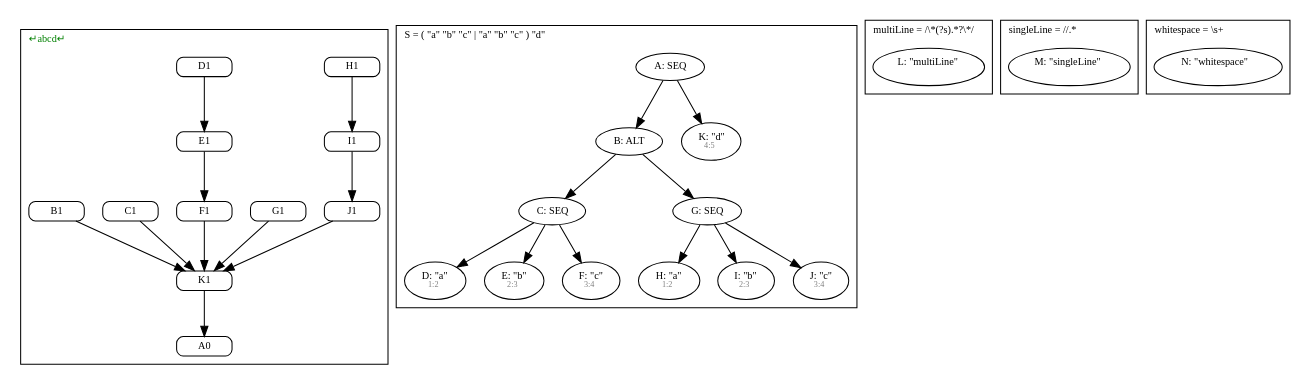
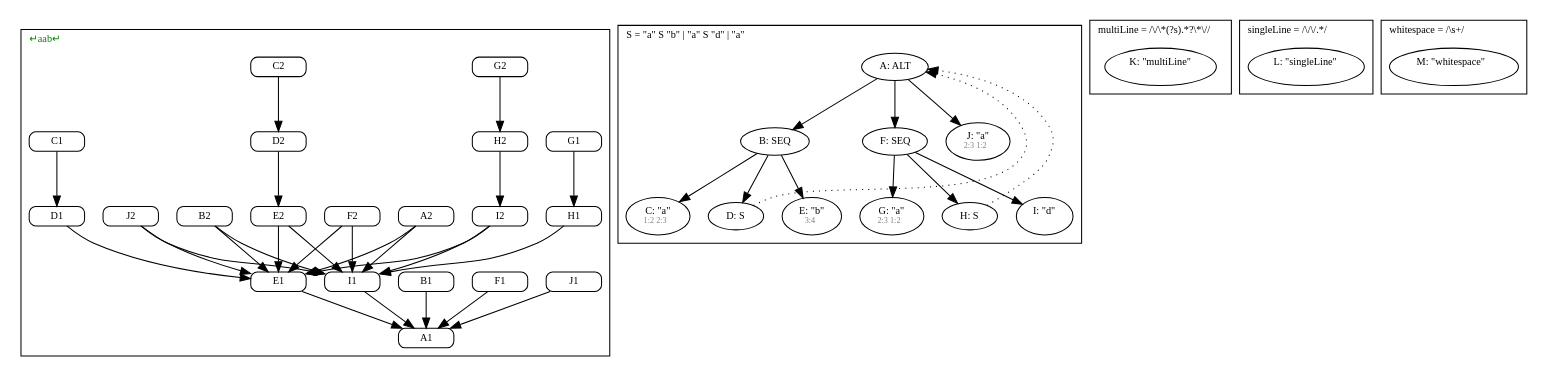
One commit to JanWillemBrands/AoC2021 changed the diagram in diagram.gv. Above: the diagram before and after it, drawn with Graphviz. The commit also changed 14 other files, not shown here.

```diff
--- a/diagram.gv
+++ b/diagram.gv
@@ -1,71 +1,86 @@
 digraph G {
   fontname = Menlo
   fontsize = 10
   node [fontname = Menlo, fontsize = 10]
   edge [fontname = Menlo, fontsize = 10]
   graph [ordering = out]
   subgraph GSS {
     cluster = true
-    label = <↵abcd↵> fontcolor = green
+    label = <↵aab↵> fontcolor = green
     labeljust = l
     node [shape = box, style = rounded, height = 0]
-    "K1" -> "A0"
-    "J1" -> "K1"
-    "I1" -> "J1"
+    "J2" -> "E1"
+    "J2" -> "I1"
+    "J1" -> "A1"
+    "I2" -> "I1"
+    "I2" -> "E1"
+    "I1" -> "A1"
+    "H2" -> "I2"
     "H1" -> "I1"
-    "G1" -> "K1"
-    "F1" -> "K1"
-    "E1" -> "F1"
+    "G2" -> "H2"
+    "G1" -> "H1"
+    "F2" -> "E1"
+    "F2" -> "I1"
+    "F1" -> "A1"
+    "E2" -> "E1"
+    "E2" -> "I1"
+    "E1" -> "A1"
+    "D2" -> "E2"
     "D1" -> "E1"
-    "C1" -> "K1"
-    "B1" -> "K1"
+    "C2" -> "D2"
+    "C1" -> "D1"
+    "B2" -> "E1"
+    "B2" -> "I1"
+    "B1" -> "A1"
+    "A2" -> "I1"
+    "A2" -> "E1"
   }
   subgraph S {
     cluster = true
-    label = <S = ( "a" "b" "c" | "a" "b" "c" ) "d">
+    label = <S = "a" S "b" | "a" S "d" | "a">
     labeljust = l
     node [shape = ellipse, height = 0]
-    A [label = <A: SEQ>]
+    A [label = <A: ALT>]
     A -> B
-    B [label = <B: ALT>]
+    B [label = <B: SEQ>]
     B -> C
-    C [label = <C: SEQ>]
-    C -> D
-    D [label = <D: "a"<br/><font color="gray" point-size="8.0"> 1:2</font>>]
-    C -> E
-    E [label = <E: "b"<br/><font color="gray" point-size="8.0"> 2:3</font>>]
-    C -> F
-    F [label = <F: "c"<br/><font color="gray" point-size="8.0"> 3:4</font>>]
-    B -> G
-    G [label = <G: SEQ>]
-    G -> H
-    H [label = <H: "a"<br/><font color="gray" point-size="8.0"> 1:2</font>>]
-    G -> I
-    I [label = <I: "b"<br/><font color="gray" point-size="8.0"> 2:3</font>>]
-    G -> J
-    J [label = <J: "c"<br/><font color="gray" point-size="8.0"> 3:4</font>>]
-    A -> K
-    K [label = <K: "d"<br/><font color="gray" point-size="8.0"> 4:5</font>>]
+    C [label = <C: "a"<br/><font color="gray" point-size="8.0"> 1:2 2:3</font>>]
+    B -> D
+    D [label = <D: S>]
+    B -> E
+    E [label = <E: "b"<br/><font color="gray" point-size="8.0"> 3:4</font>>]
+    A -> F
+    F [label = <F: SEQ>]
+    F -> G
+    G [label = <G: "a"<br/><font color="gray" point-size="8.0"> 2:3 1:2</font>>]
+    F -> H
+    H [label = <H: S>]
+    F -> I
+    I [label = <I: "d"<br/><font color="gray" point-size="8.0"> </font>>]
+    A -> J
+    J [label = <J: "a"<br/><font color="gray" point-size="8.0"> 2:3 1:2</font>>]
   }
   subgraph multiLine {
     cluster = true
-    label = <multiLine = /\*(?s).*?\*/>
+    label = <multiLine = /\/\*(?s).*?\*\//>
     labeljust = l
     node [shape = ellipse, height = 0]
-    L [label = <L: "multiLine"<br/><font color="gray" point-size="8.0"> </font>>]
+    K [label = <K: "multiLine"<br/><font color="gray" point-size="8.0"> </font>>]
   }
   subgraph singleLine {
     cluster = true
-    label = <singleLine = //.*>
+    label = <singleLine = /\/\/.*/>
     labeljust = l
     node [shape = ellipse, height = 0]
-    M [label = <M: "singleLine"<br/><font color="gray" point-size="8.0"> </font>>]
+    L [label = <L: "singleLine"<br/><font color="gray" point-size="8.0"> </font>>]
   }
   subgraph whitespace {
     cluster = true
-    label = <whitespace = \s+>
+    label = <whitespace = /\s+/>
     labeljust = l
     node [shape = ellipse, height = 0]
-    N [label = <N: "whitespace"<br/><font color="gray" point-size="8.0"> </font>>]
+    M [label = <M: "whitespace"<br/><font color="gray" point-size="8.0"> </font>>]
   }
+  D -> A [style = dotted, constraint = false]
+  H -> A [style = dotted, constraint = false]
 }
```
